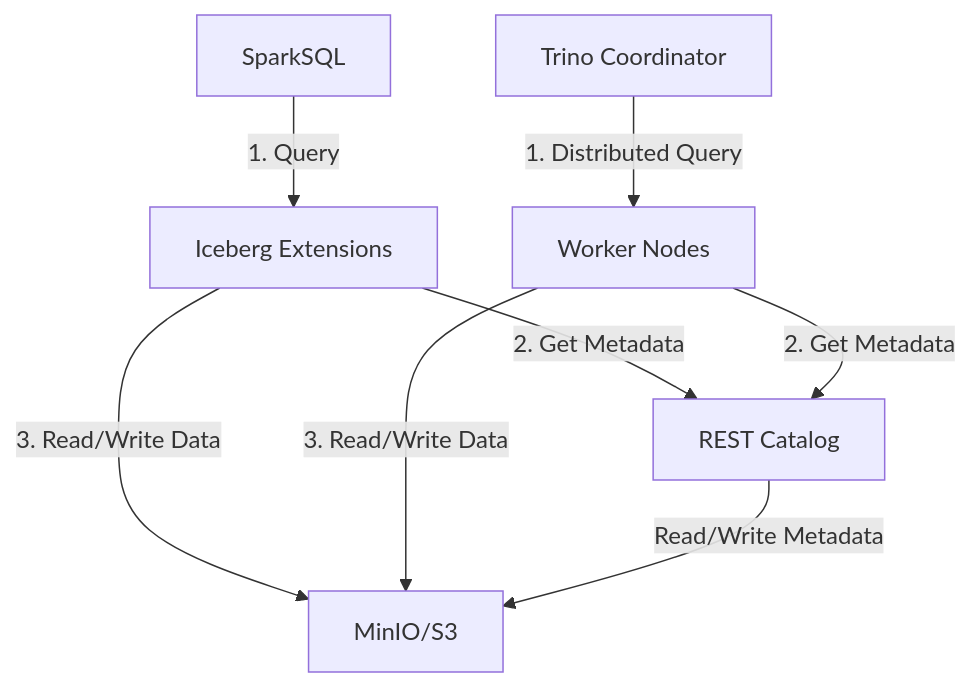
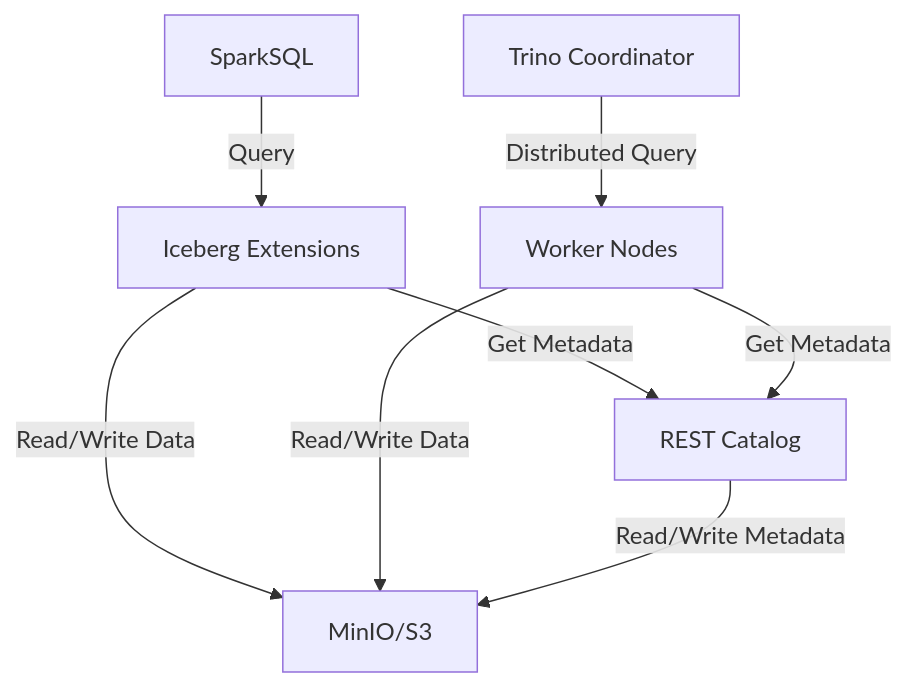
Before and after one commit to EM51641/iceberg: the diagram in README.md, drawn with Mermaid.

Commit message:
reformatted the README.md;

````diff
--- a/README.md
+++ b/README.md
@@ -3,12 +3,12 @@
 ```mermaid
 graph TD
-    A[SparkSQL] -->|1. Query| B[Iceberg Extensions]
-    B -->|2. Get Metadata| C[REST Catalog]
-    B -->|3. Read/Write Data| E[MinIO/S3]
+    A[SparkSQL] -->|Query| B[Iceberg Extensions]
+    B -->|Get Metadata| C[REST Catalog]
+    B -->|Read/Write Data| E[MinIO/S3]
 
-    P[Trino Coordinator] -->|1. Distributed Query| W[Worker Nodes]
-    W -->|2. Get Metadata| C[REST Catalog]
-    W -->|3. Read/Write Data| E[MinIO/S3]
+    P[Trino Coordinator] -->|Distributed Query| W[Worker Nodes]
+    W -->|Get Metadata| C[REST Catalog]
+    W -->|Read/Write Data| E[MinIO/S3]
 
     C -->|Read/Write Metadata| E[MinIO/S3]
 ```
````
